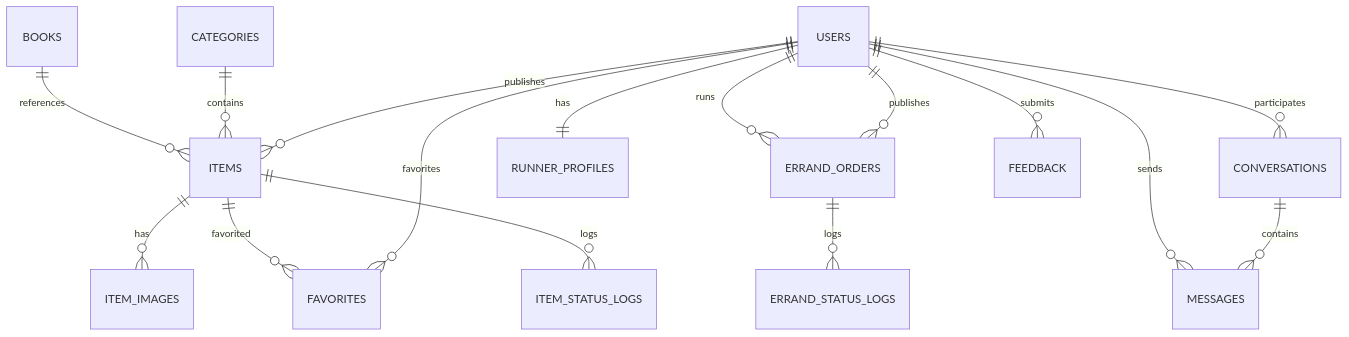
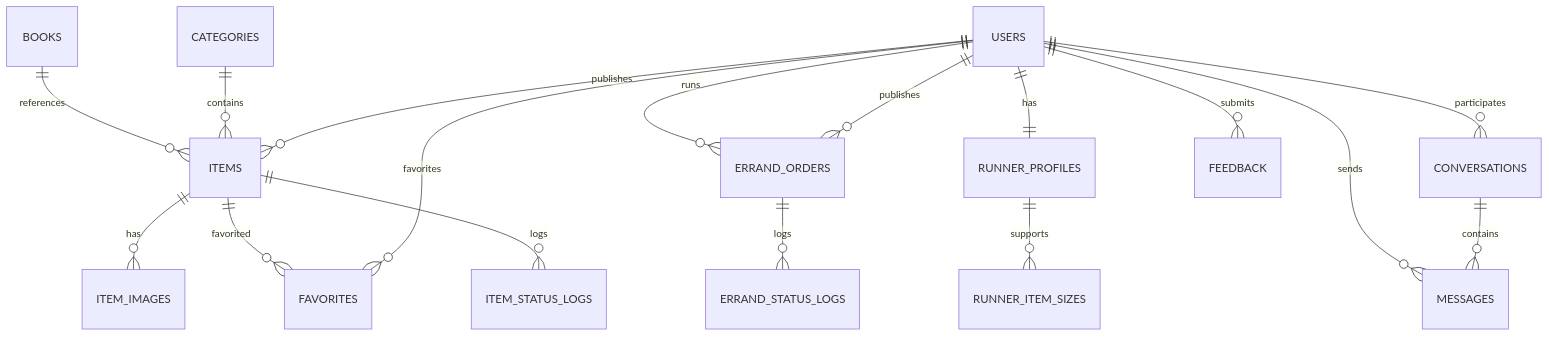
Before and after one commit to afresh-breeze/Campus_Trading_Service_Platform: the diagram in docs/课程设计开发计划.md, drawn with Mermaid. The commit also changed other lines of this file and 2 other files, not shown here.

````diff
--- a/docs/课程设计开发计划.md
+++ b/docs/课程设计开发计划.md
@@ -301,18 +315,19 @@
 ```mermaid
 erDiagram
     USERS ||--o{ ITEMS : publishes
     USERS ||--o{ FAVORITES : favorites
     ITEMS ||--o{ FAVORITES : favorited
     ITEMS ||--o{ ITEM_IMAGES : has
     CATEGORIES ||--o{ ITEMS : contains
     BOOKS ||--o{ ITEMS : references
     USERS ||--o{ ERRAND_ORDERS : publishes
     USERS ||--o{ ERRAND_ORDERS : runs
     USERS ||--|| RUNNER_PROFILES : has
+    RUNNER_PROFILES ||--o{ RUNNER_ITEM_SIZES : supports
     USERS ||--o{ CONVERSATIONS : participates
     CONVERSATIONS ||--o{ MESSAGES : contains
     USERS ||--o{ MESSAGES : sends
     ITEMS ||--o{ ITEM_STATUS_LOGS : logs
     ERRAND_ORDERS ||--o{ ERRAND_STATUS_LOGS : logs
     USERS ||--o{ FEEDBACK : submits
 ```
````
